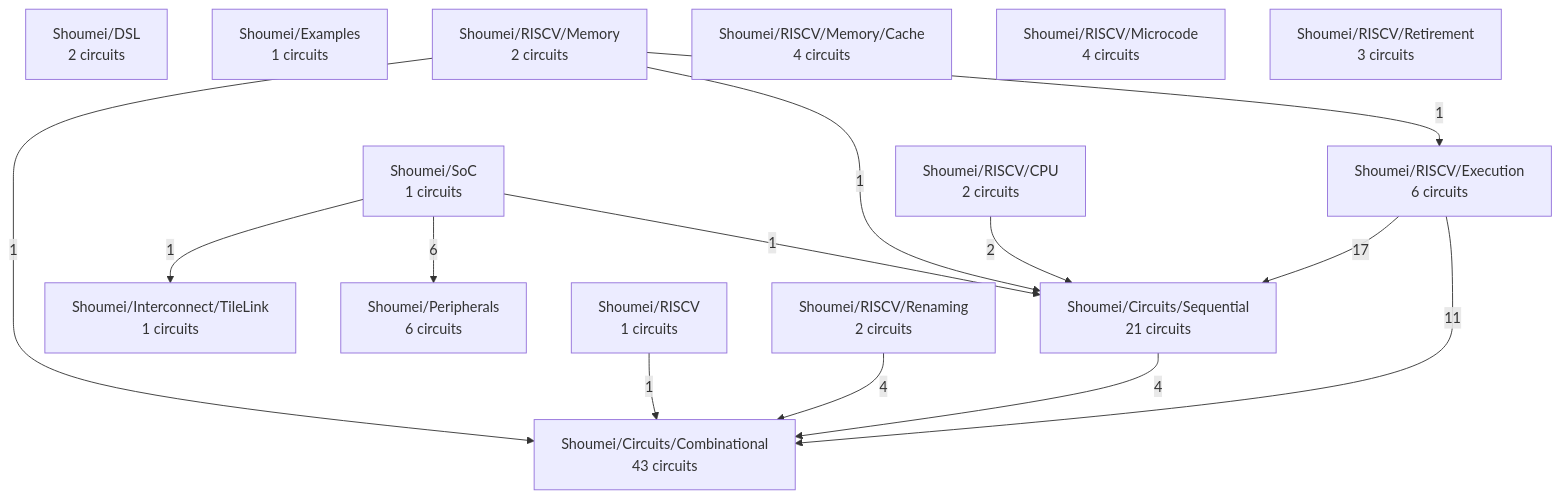
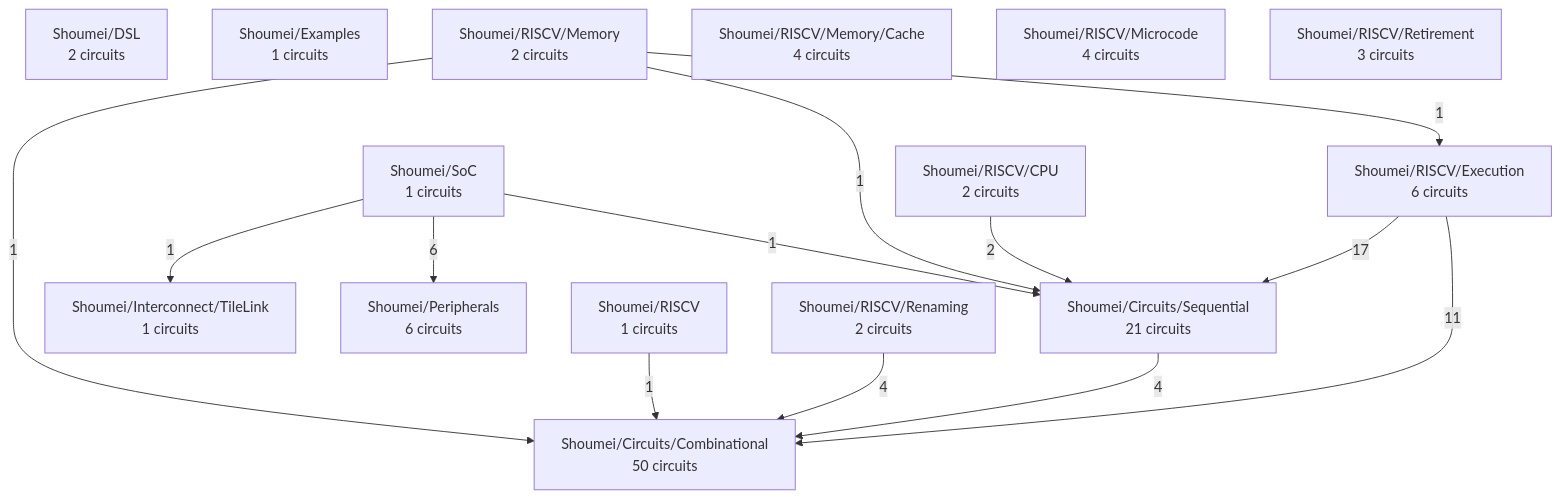
The diagram in docs/project-map.md (abhinav-devpura/Shoumei-RTL), drawn with Mermaid before and after one commit. The commit also changed other lines of this file and 13 other files, not shown here.

````diff
--- a/docs/project-map.md
+++ b/docs/project-map.md
@@ -27,30 +27,30 @@
 ```mermaid
 graph TD
-  Shoumei_Circuits_Combinational["Shoumei/Circuits/Combinational<br/>43 circuits"]
+  Shoumei_Circuits_Combinational["Shoumei/Circuits/Combinational<br/>50 circuits"]
   Shoumei_Circuits_Sequential["Shoumei/Circuits/Sequential<br/>21 circuits"]
   Shoumei_DSL["Shoumei/DSL<br/>2 circuits"]
   Shoumei_Examples["Shoumei/Examples<br/>1 circuits"]
   Shoumei_Interconnect_TileLink["Shoumei/Interconnect/TileLink<br/>1 circuits"]
   Shoumei_Peripherals["Shoumei/Peripherals<br/>6 circuits"]
   Shoumei_RISCV["Shoumei/RISCV<br/>1 circuits"]
   Shoumei_RISCV_CPU["Shoumei/RISCV/CPU<br/>2 circuits"]
   Shoumei_RISCV_Execution["Shoumei/RISCV/Execution<br/>6 circuits"]
   Shoumei_RISCV_Memory["Shoumei/RISCV/Memory<br/>2 circuits"]
   Shoumei_RISCV_Memory_Cache["Shoumei/RISCV/Memory/Cache<br/>4 circuits"]
   Shoumei_RISCV_Microcode["Shoumei/RISCV/Microcode<br/>4 circuits"]
   Shoumei_RISCV_Renaming["Shoumei/RISCV/Renaming<br/>2 circuits"]
   Shoumei_RISCV_Retirement["Shoumei/RISCV/Retirement<br/>3 circuits"]
   Shoumei_SoC["Shoumei/SoC<br/>1 circuits"]
   Shoumei_RISCV_Execution -->|17| Shoumei_Circuits_Sequential
   Shoumei_RISCV_Execution -->|11| Shoumei_Circuits_Combinational
   Shoumei_SoC -->|6| Shoumei_Peripherals
   Shoumei_Circuits_Sequential -->|4| Shoumei_Circuits_Combinational
   Shoumei_RISCV_Renaming -->|4| Shoumei_Circuits_Combinational
   Shoumei_RISCV_CPU -->|2| Shoumei_Circuits_Sequential
   Shoumei_RISCV -->|1| Shoumei_Circuits_Combinational
   Shoumei_RISCV_Memory -->|1| Shoumei_Circuits_Combinational
   Shoumei_RISCV_Memory -->|1| Shoumei_Circuits_Sequential
   Shoumei_RISCV_Memory -->|1| Shoumei_RISCV_Execution
   Shoumei_SoC -->|1| Shoumei_Circuits_Sequential
   Shoumei_SoC -->|1| Shoumei_Interconnect_TileLink
 ```
````
